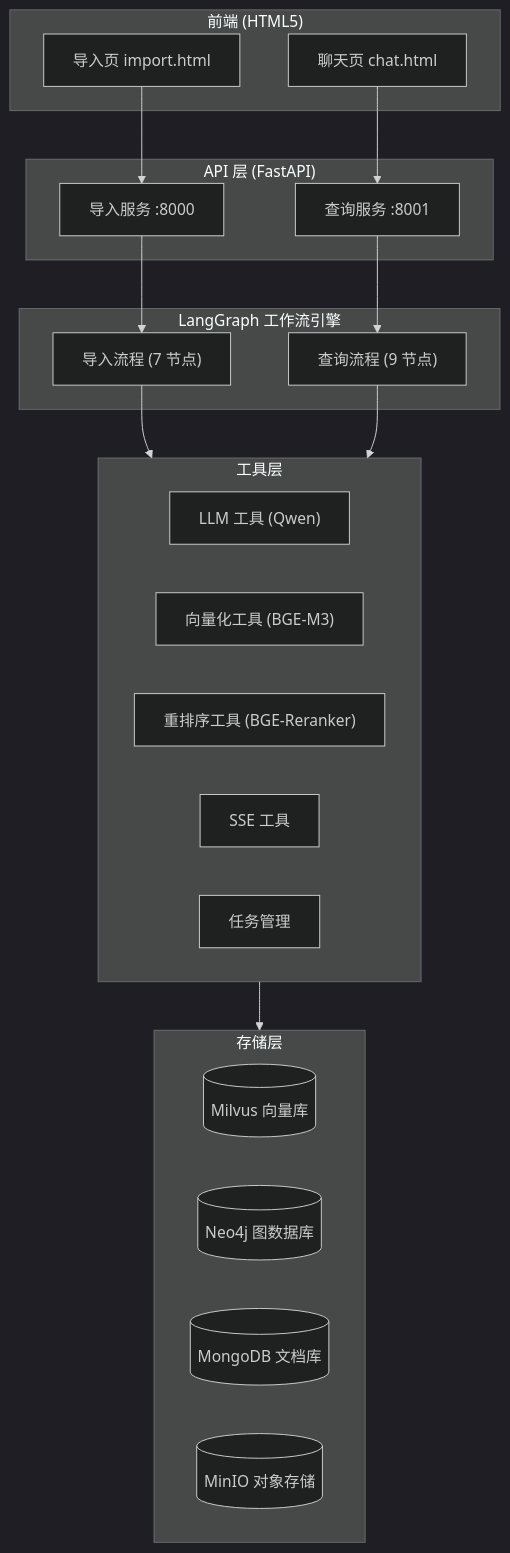
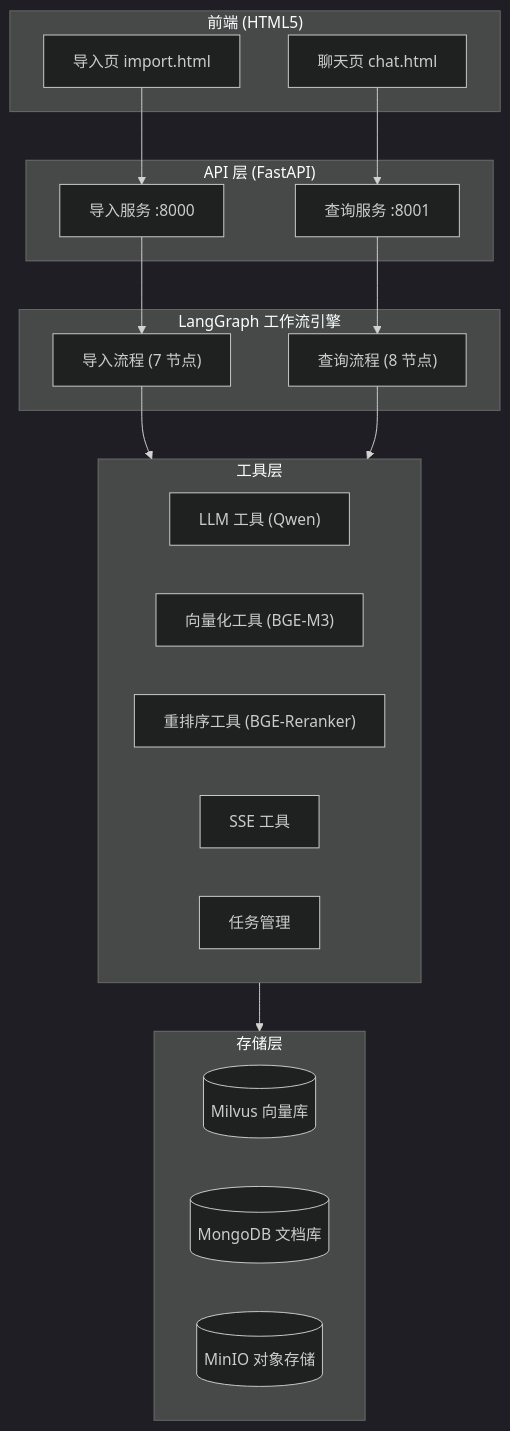
One commit to lchx114/-RAG- changed the first of 3 diagrams in README.md. Above: the diagram before and after it, drawn with Mermaid (dark theme). The commit also changed other lines of this file, not shown here.

````diff
--- a/README.md
+++ b/README.md
@@ -40,40 +33,39 @@
 ```mermaid
 flowchart TB
     subgraph FE["前端 (HTML5)"]
         ImportUI["导入页 import.html"]
         ChatUI["聊天页 chat.html"]
     end
 
     subgraph API["API 层 (FastAPI)"]
         ImpSvc["导入服务 :8000"]
         QrySvc["查询服务 :8001"]
     end
 
     subgraph Workflow["LangGraph 工作流引擎"]
         ImportFlow["导入流程 (7 节点)"]
-        QueryFlow["查询流程 (9 节点)"]
+        QueryFlow["查询流程 (8 节点)"]
     end
 
     subgraph Tools["工具层"]
         LLM["LLM 工具 (Qwen)"]
         Emb["向量化工具 (BGE-M3)"]
         Rerank["重排序工具 (BGE-Reranker)"]
         SSE["SSE 工具"]
         Task["任务管理"]
     end
 
     subgraph Store["存储层"]
         Milvus[(Milvus 向量库)]
-        Neo4j[(Neo4j 图数据库)]
         Mongo[(MongoDB 文档库)]
         MinIO[(MinIO 对象存储)]
     end
 
     ImportUI --> ImpSvc
     ChatUI --> QrySvc
     ImpSvc --> ImportFlow
     QrySvc --> QueryFlow
     ImportFlow --> Tools
     QueryFlow --> Tools
     Tools --> Store
 ```
````
